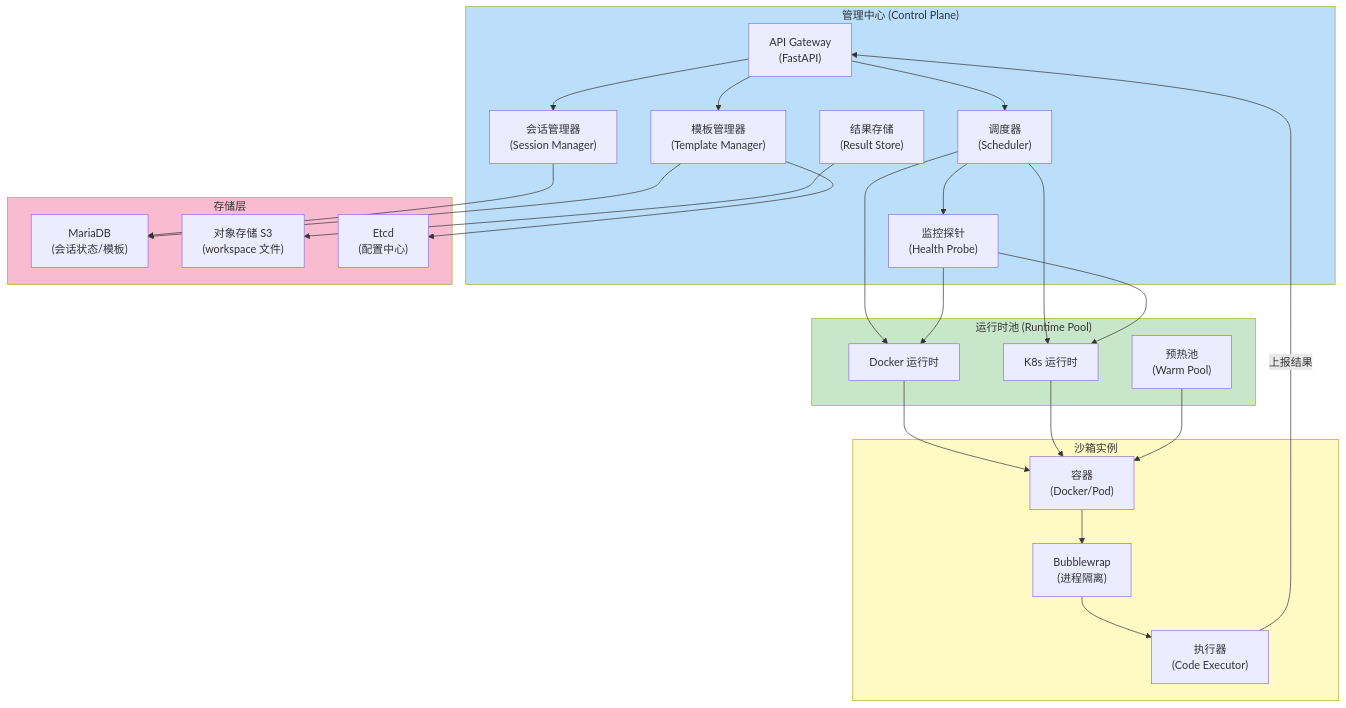
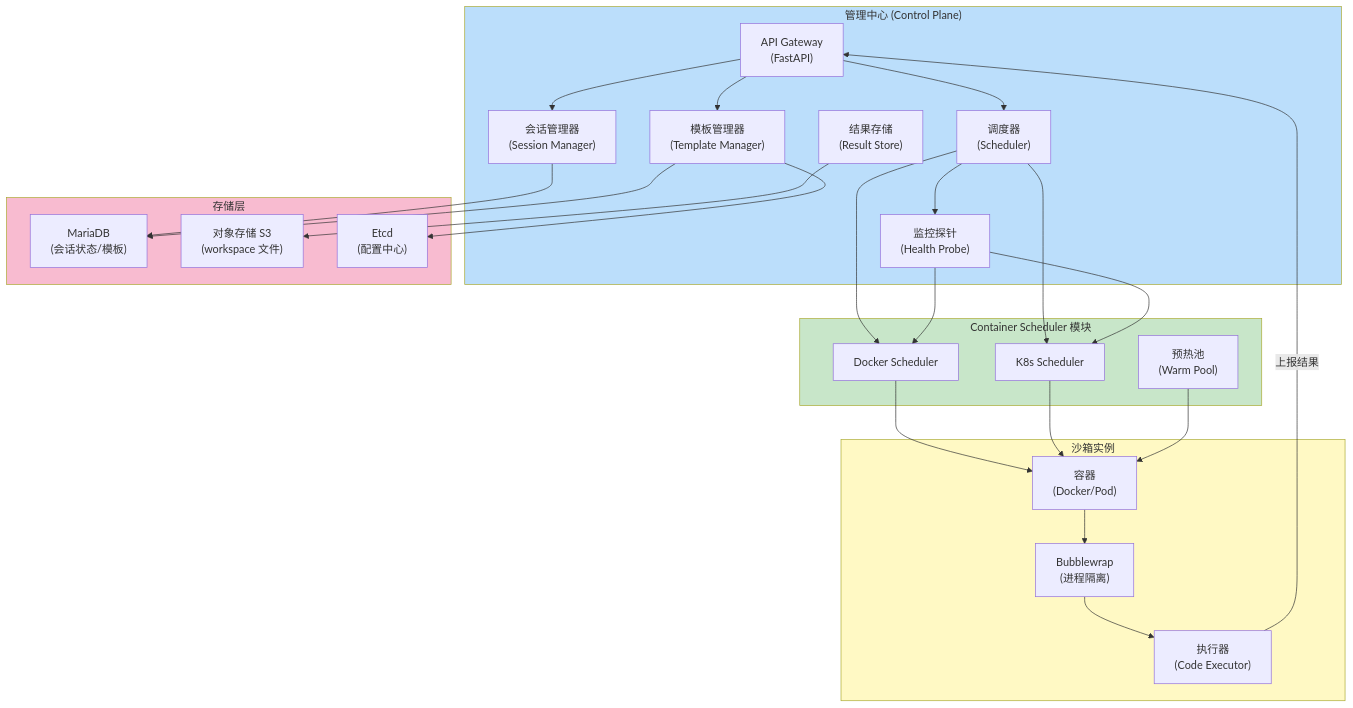
Before and after one commit to kweaver-ai/sandbox: the second of 13 diagrams in docs/sandbox-design-v2.1.md, drawn with Mermaid. The commit also changed other lines of this file and 8 other files, not shown here.

````diff
--- a/docs/sandbox-design-v2.1.md
+++ b/docs/sandbox-design-v2.1.md
@@ -51,55 +48,55 @@
 ```mermaid
 graph TB
     subgraph ControlPlane["管理中心 (Control Plane)"]
         API["API Gateway<br/>(FastAPI)"]
         Scheduler["调度器<br/>(Scheduler)"]
         SessionMgr["会话管理器<br/>(Session Manager)"]
         TemplateMgr["模板管理器<br/>(Template Manager)"]
         Monitor["监控探针<br/>(Health Probe)"]
         ResultStore["结果存储<br/>(Result Store)"]
     end
-    
-    subgraph RuntimePool["运行时池 (Runtime Pool)"]
-        DockerRuntime["Docker 运行时"]
-        K8sRuntime["K8s 运行时"]
+
+    subgraph ContainerScheduler["Container Scheduler 模块"]
+        DockerRuntime["Docker Scheduler"]
+        K8sRuntime["K8s Scheduler"]
         WarmPool["预热池<br/>(Warm Pool)"]
     end
-    
+
     subgraph Sandbox["沙箱实例"]
         Container["容器<br/>(Docker/Pod)"]
         BubbleWrap["Bubblewrap<br/>(进程隔离)"]
         Executor["执行器<br/>(Code Executor)"]
     end
-    
+
     subgraph Storage["存储层"]
         MariaDB["MariaDB<br/>(会话状态/模板)"]
         S3["对象存储 S3<br/>(workspace 文件)"]
         Etcd["Etcd<br/>(配置中心)"]
     end
 
     API --> Scheduler
     API --> SessionMgr
     API --> TemplateMgr
     Scheduler --> Monitor
     Scheduler --> DockerRuntime
     Scheduler --> K8sRuntime
     SessionMgr --> MariaDB
     TemplateMgr --> MariaDB
     Monitor --> DockerRuntime
     Monitor --> K8sRuntime
     ResultStore --> S3
-    
+
     DockerRuntime --> Container
     K8sRuntime --> Container
     WarmPool --> Container
     Container --> BubbleWrap
     BubbleWrap --> Executor
     Executor -->|上报结果| API
-    
+
     TemplateMgr --> Etcd
-    
+
     style ControlPlane fill:#bbdefb
-    style RuntimePool fill:#c8e6c9
+    style ContainerScheduler fill:#c8e6c9
     style Sandbox fill:#fff9c4
     style Storage fill:#f8bbd0
 ```
````
